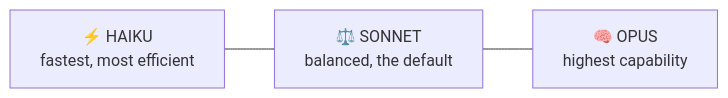
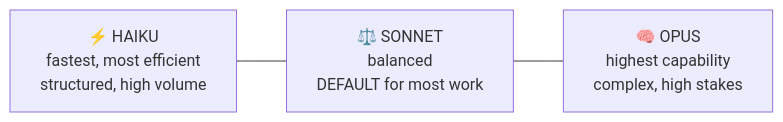
One commit to saurabhSMS1987/Public_Learning-DE-DS-ML-AI changed the fifth of 7 diagrams in 008 CCAO- F Certification Prep/Module-1-Platform-and-Model-Foundations.md. Above: the diagram before and after it, drawn with Mermaid. The commit also changed other lines of this file and 1 other file, not shown here.

````diff
--- a/008 CCAO- F Certification Prep/Module-1-Platform-and-Model-Foundations.md
+++ b/008 CCAO- F Certification Prep/Module-1-Platform-and-Model-Foundations.md
@@ -313,4 +126,4 @@
 ```mermaid
 flowchart LR
-    H["⚡ HAIKU<br/>fastest, most efficient"] --- S["⚖️ SONNET<br/>balanced, the default"] --- O["🧠 OPUS<br/>highest capability"]
+    H["⚡ HAIKU<br/>fastest, most efficient<br/>structured, high volume"] --- S["⚖️ SONNET<br/>balanced<br/>DEFAULT for most work"] --- O["🧠 OPUS<br/>highest capability<br/>complex, high stakes"]
 ```
````
